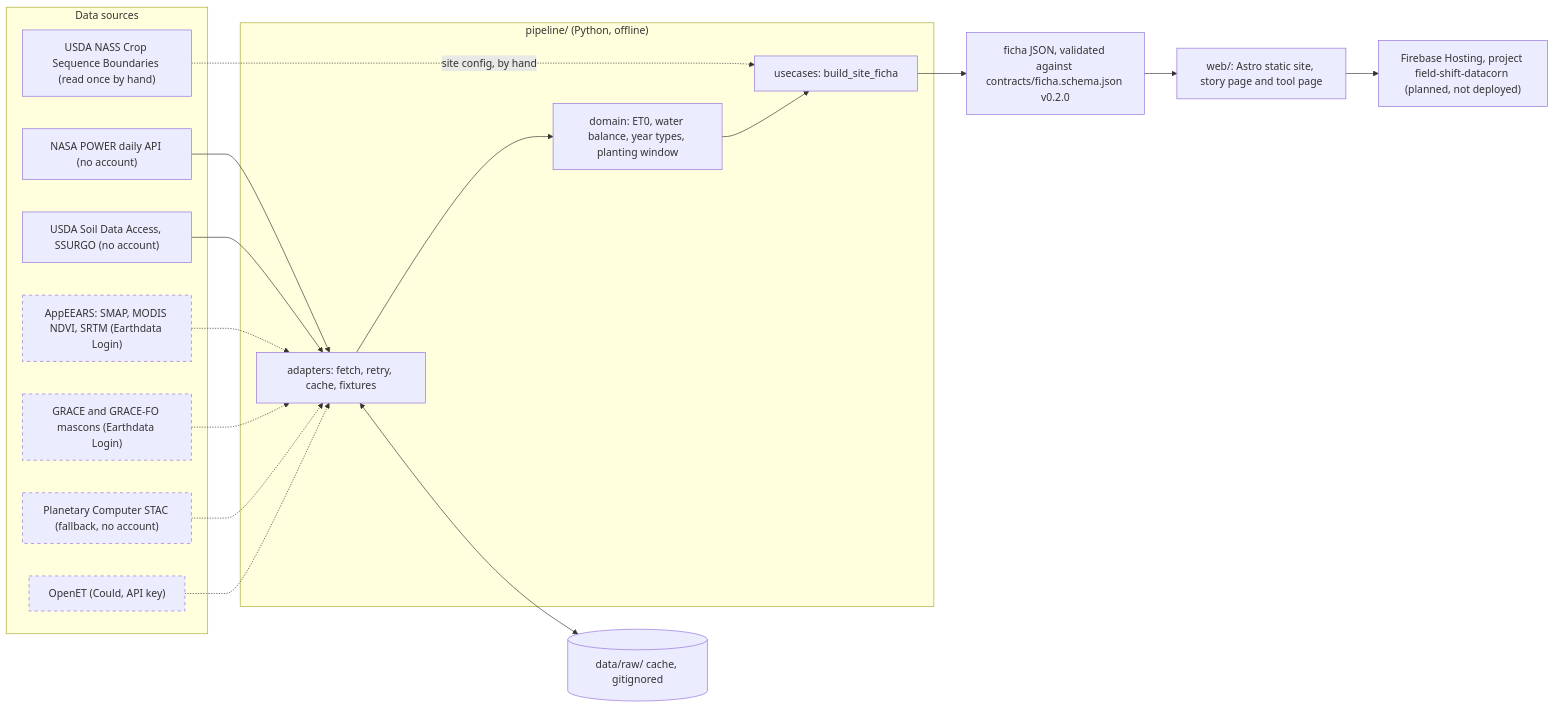
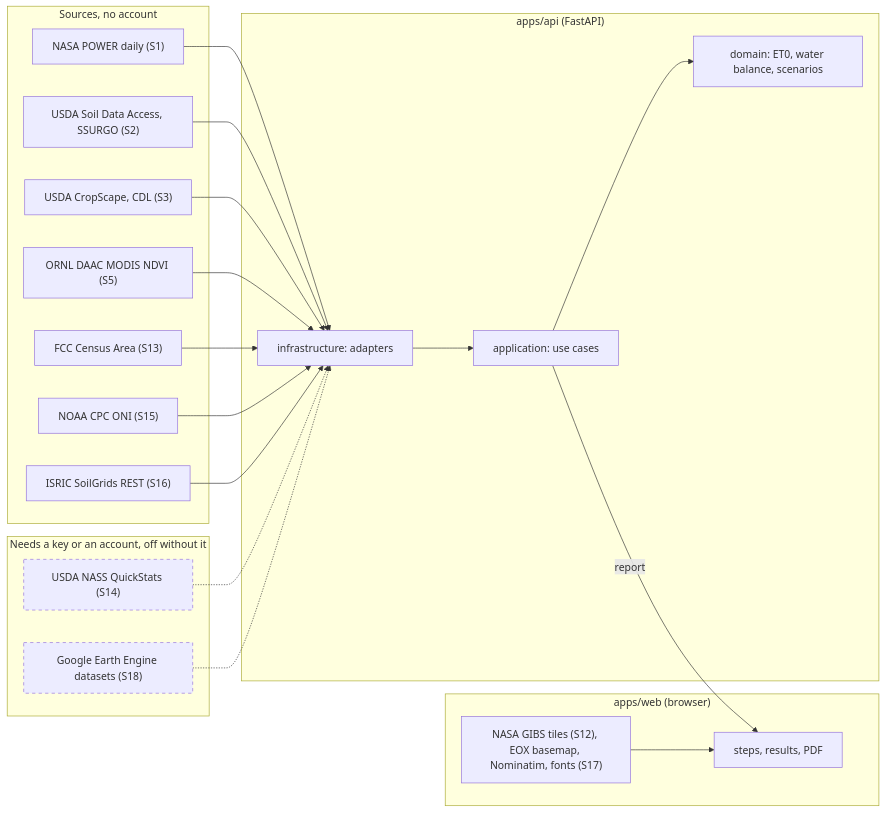
The diagram in docs/DATA-SOURCES.md (RikepilB/Data_corn), drawn with Mermaid before and after one commit. The commit also changed other lines of this file and 4 other files, not shown here.

First line of the commit message:
docs: reconcile the data-source register with what the app calls (#16)

````diff
--- a/docs/DATA-SOURCES.md
+++ b/docs/DATA-SOURCES.md
@@ -221,32 +316,39 @@
 ```mermaid
 flowchart LR
-  subgraph SRC["Data sources"]
-    POWER["NASA POWER daily API (no account)"]
-    SDA["USDA Soil Data Access, SSURGO (no account)"]
-    CSB["USDA NASS Crop Sequence Boundaries (read once by hand)"]
-    APP["AppEEARS: SMAP, MODIS NDVI, SRTM (Earthdata Login)"]
-    GRACE["GRACE and GRACE-FO mascons (Earthdata Login)"]
-    PC["Planetary Computer STAC (fallback, no account)"]
-    OET["OpenET (Could, API key)"]
+  subgraph SRC["Sources, no account"]
+    POWER["NASA POWER daily (S1)"]
+    SDA["USDA Soil Data Access, SSURGO (S2)"]
+    CDL["USDA CropScape, CDL (S3)"]
+    ORNL["ORNL DAAC MODIS NDVI (S5)"]
+    FCC["FCC Census Area (S13)"]
+    ONI["NOAA CPC ONI (S15)"]
+    SG["ISRIC SoilGrids REST (S16)"]
   end
-  subgraph PIPE["pipeline/ (Python, offline)"]
-    AD["adapters: fetch, retry, cache, fixtures"]
-    DOM["domain: ET0, water balance, year types, planting window"]
-    UC["usecases: build_site_ficha"]
+  subgraph KEYED["Needs a key or an account, off without it"]
+    NASS["USDA NASS QuickStats (S14)"]
+    EE["Google Earth Engine datasets (S18)"]
   end
-  CACHE[("data/raw/ cache, gitignored")]
-  FICHA["ficha JSON, validated against contracts/ficha.schema.json v0.2.0"]
-  WEB["web/: Astro static site, story page and tool page"]
-  HOST["Firebase Hosting, project field-shift-datacorn (planned, not deployed)"]
-  POWER --> AD
-  SDA --> AD
-  CSB -.->|"site config, by hand"| UC
-  APP -.-> AD
-  GRACE -.-> AD
-  PC -.-> AD
-  OET -.-> AD
-  AD <--> CACHE
-  AD --> DOM --> UC --> FICHA --> WEB --> HOST
+  subgraph API["apps/api (FastAPI)"]
+    INF["infrastructure: adapters"]
+    APP["application: use cases"]
+    DOM["domain: ET0, water balance, scenarios"]
+  end
+  subgraph BROWSER["apps/web (browser)"]
+    UI["steps, results, PDF"]
+    TILES["NASA GIBS tiles (S12), EOX basemap, Nominatim, fonts (S17)"]
+  end
+  POWER --> INF
+  SDA --> INF
+  CDL --> INF
+  ORNL --> INF
+  FCC --> INF
+  ONI --> INF
+  SG --> INF
+  NASS -.-> INF
+  EE -.-> INF
+  INF --> APP --> DOM
+  APP -->|report| UI
+  TILES --> UI
   classDef optional stroke-dasharray: 5 5
-  class APP,GRACE,PC,OET optional
+  class NASS,EE optional
 ```
````
